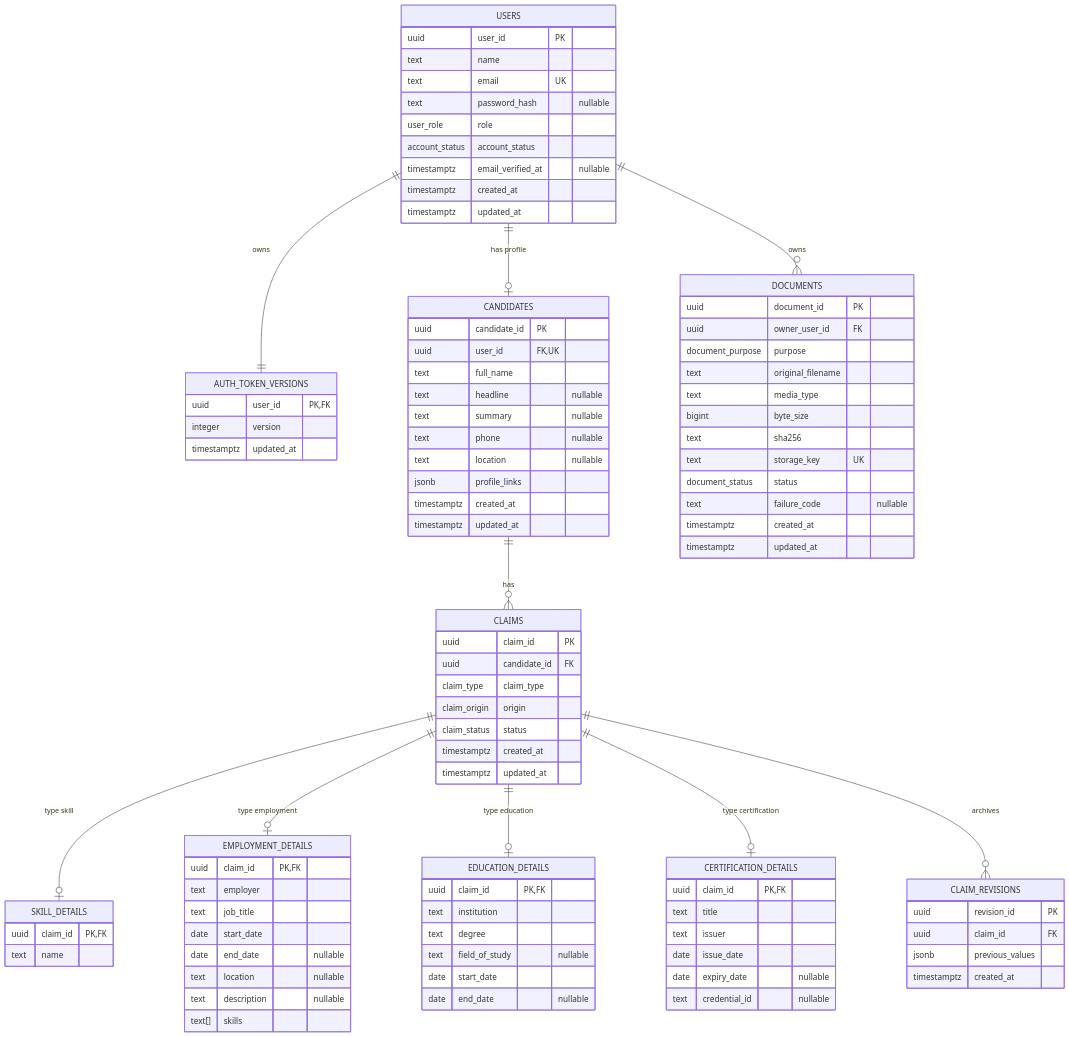
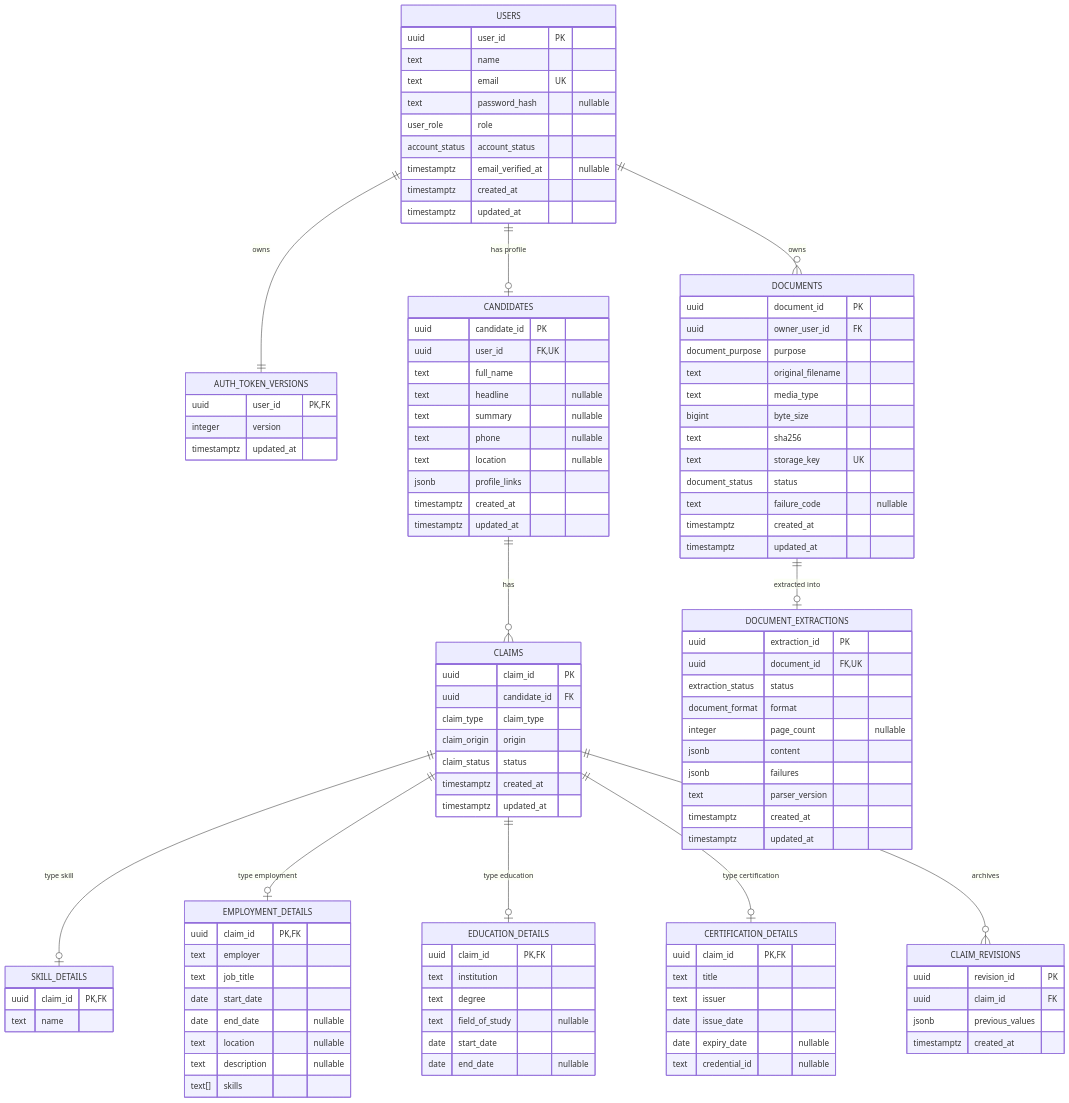
The first of 2 diagrams in docs/database/data-model.md (cv-parser-team/Backend), drawn with Mermaid before and after one commit. The commit also changed other lines of this file and 6 other files, not shown here.

Commit message:
feat(parsing): link extractions to documents

```diff
--- a/docs/database/data-model.md
+++ b/docs/database/data-model.md
@@ -102,10 +102,23 @@
         timestamptz created_at
         timestamptz updated_at
     }
+    DOCUMENT_EXTRACTIONS {
+        uuid extraction_id PK
+        uuid document_id FK, UK
+        extraction_status status
+        document_format format
+        integer page_count "nullable"
+        jsonb content
+        jsonb failures
+        text parser_version
+        timestamptz created_at
+        timestamptz updated_at
+    }
 
     USERS ||--|| AUTH_TOKEN_VERSIONS : owns
     USERS ||--o| CANDIDATES : "has profile"
     USERS ||--o{ DOCUMENTS : owns
+    DOCUMENTS ||--o| DOCUMENT_EXTRACTIONS : "extracted into"
     CANDIDATES ||--o{ CLAIMS : has
     CLAIMS ||--o| SKILL_DETAILS : "type skill"
     CLAIMS ||--o| EMPLOYMENT_DETAILS : "type employment"
```
